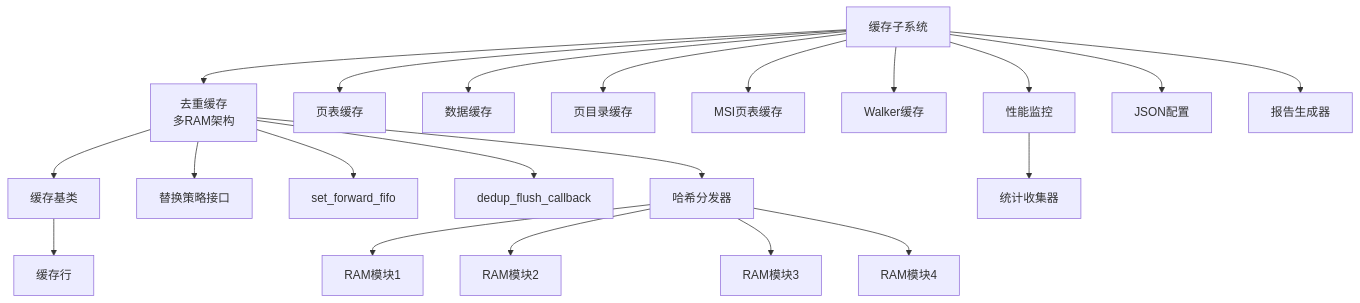
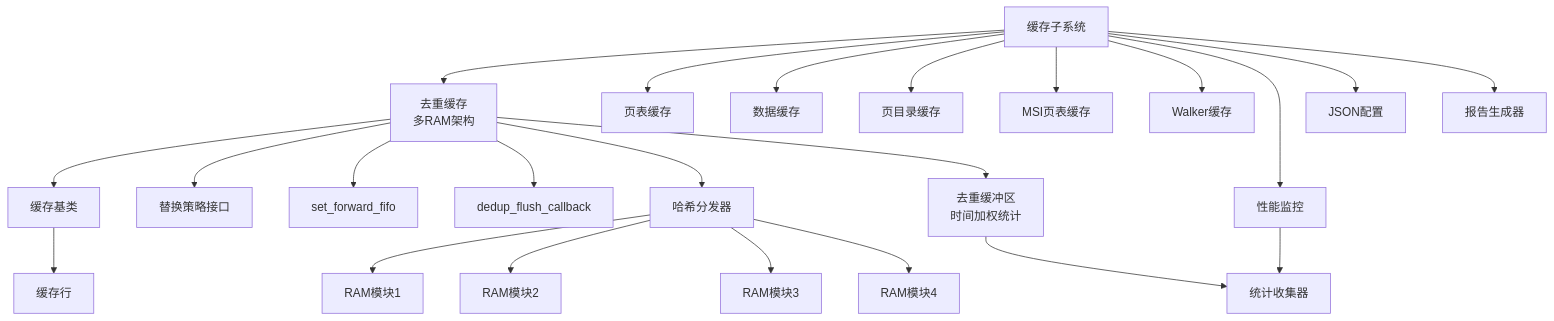
Before and after one commit to jiangjiang1122/iommu_model_20260401_v1: diagram 12 of 12 in .qoder/repowiki/zh/content/缓存系统/Dedup缓存（去重缓存）.md, drawn with Mermaid. The commit also changed other lines of this file and 159 other files, not shown here.

Commit message:
chore: 更新知识库文档 + 新增PTW并发分析图表与数据文件

````diff
--- a/.qoder/repowiki/zh/content/缓存系统/Dedup缓存（去重缓存）.md
+++ b/.qoder/repowiki/zh/content/缓存系统/Dedup缓存（去重缓存）.md
@@ -693,23 +782,25 @@
 ```mermaid
 graph TB
 DEDUP["去重缓存<br/>多RAM架构"] --> BASE["缓存基类"]
 DEDUP --> STRAT["替换策略接口"]
 BASE --> LINE["缓存行"]
 SUB["缓存子系统"] --> DEDUP
 SUB --> PT["页表缓存"]
 SUB --> DC["数据缓存"]
 SUB --> PC["页目录缓存"]
 SUB --> MSIPT["MSI页表缓存"]
 SUB --> WC["Walker缓存"]
 SUB --> MONITOR["性能监控"]
 MONITOR --> STATS["统计收集器"]
 SUB --> CONF["JSON配置"]
 SUB --> REPORT["报告生成器"]
 DEDUP --> FIFO["set_forward_fifo"]
 DEDUP --> CALLBACK["dedup_flush_callback"]
 DEDUP --> HASH["哈希分发器"]
+DEDUP --> BUFFER["去重缓冲区<br/>时间加权统计"]
+BUFFER --> STATS
 HASH --> RAM1["RAM模块1"]
 HASH --> RAM2["RAM模块2"]
 HASH --> RAM3["RAM模块3"]
 HASH --> RAM4["RAM模块4"]
 ```
````
